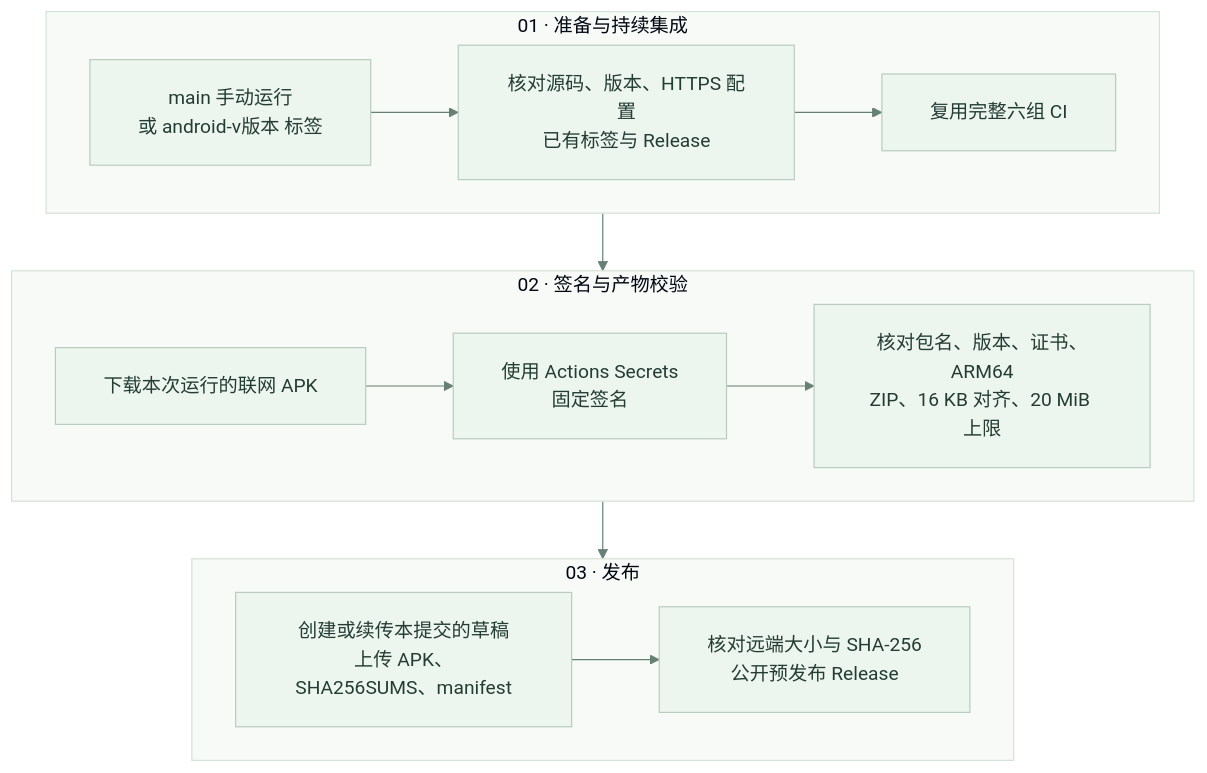
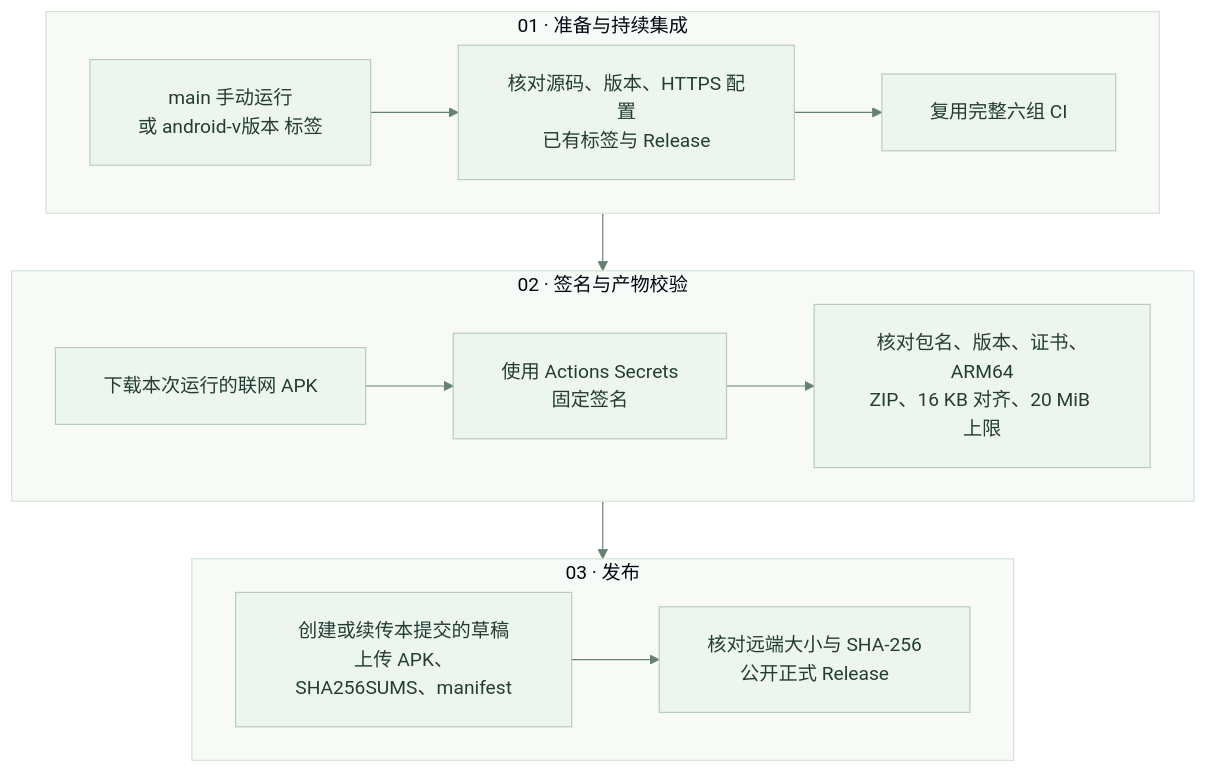
The fourth of 4 diagrams in docs/ARCHITECTURE.md (Green-hats/NutriGo), drawn with Mermaid before and after one commit. The commit also changed other lines of this file and 40 other files, not shown here.

````diff
--- a/docs/ARCHITECTURE.md
+++ b/docs/ARCHITECTURE.md
@@ -351,17 +351,17 @@
 ```mermaid
 %%{init: {"theme":"base","themeVariables":{"fontFamily":"Arial, PingFang SC, Microsoft YaHei","fontSize":"16px","primaryColor":"#edf5ef","primaryTextColor":"#233d34","primaryBorderColor":"#b8ccc0","lineColor":"#668174","secondaryColor":"#eef4fa","tertiaryColor":"#fff8ed","clusterBkg":"#f7faf6","clusterBorder":"#d4e2d7","edgeLabelBackground":"#ffffff","actorBkg":"#eaf3ec","actorBorder":"#b8ccc0","actorTextColor":"#233d34","signalColor":"#557668","signalTextColor":"#233d34","noteBkgColor":"#fff7e8","noteTextColor":"#754f28","noteBorderColor":"#ddc6a7","activationBkgColor":"#e6f2f0","activationBorderColor":"#88b5ad"},"flowchart":{"curve":"basis","padding":20,"nodeSpacing":36,"rankSpacing":48},"sequence":{"actorMargin":36,"width":160,"height":60,"boxMargin":12,"messageMargin":35,"noteMargin":12,"mirrorActors":false}}}%%
 flowchart TB
     subgraph PrepareStage["01 · 准备与持续集成"]
         direction LR
         Trigger["main 手动运行<br/>或 android-v版本 标签"] --> Prepare["核对源码、版本、HTTPS 配置<br/>已有标签与 Release"] --> CI["复用完整六组 CI"]
     end
     subgraph BuildStage["02 · 签名与产物校验"]
         direction LR
         Download["下载本次运行的联网 APK"] --> Sign["使用 Actions Secrets<br/>固定签名"] --> Verify["核对包名、版本、证书、ARM64<br/>ZIP、16 KB 对齐、20 MiB 上限"]
     end
     subgraph ReleaseStage["03 · 发布"]
         direction LR
-        Draft["创建或续传本提交的草稿<br/>上传 APK、SHA256SUMS、manifest"] --> Publish["核对远端大小与 SHA-256<br/>公开预发布 Release"]
+        Draft["创建或续传本提交的草稿<br/>上传 APK、SHA256SUMS、manifest"] --> Publish["核对远端大小与 SHA-256<br/>公开正式 Release"]
     end
     PrepareStage --> BuildStage --> ReleaseStage
 ```
````
